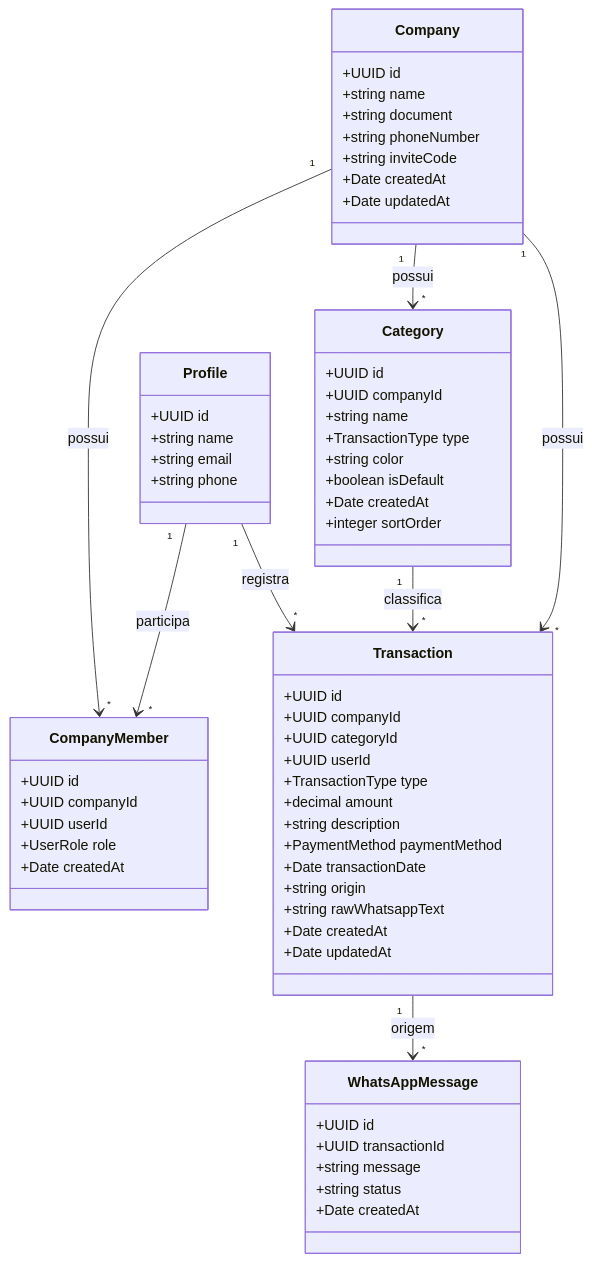
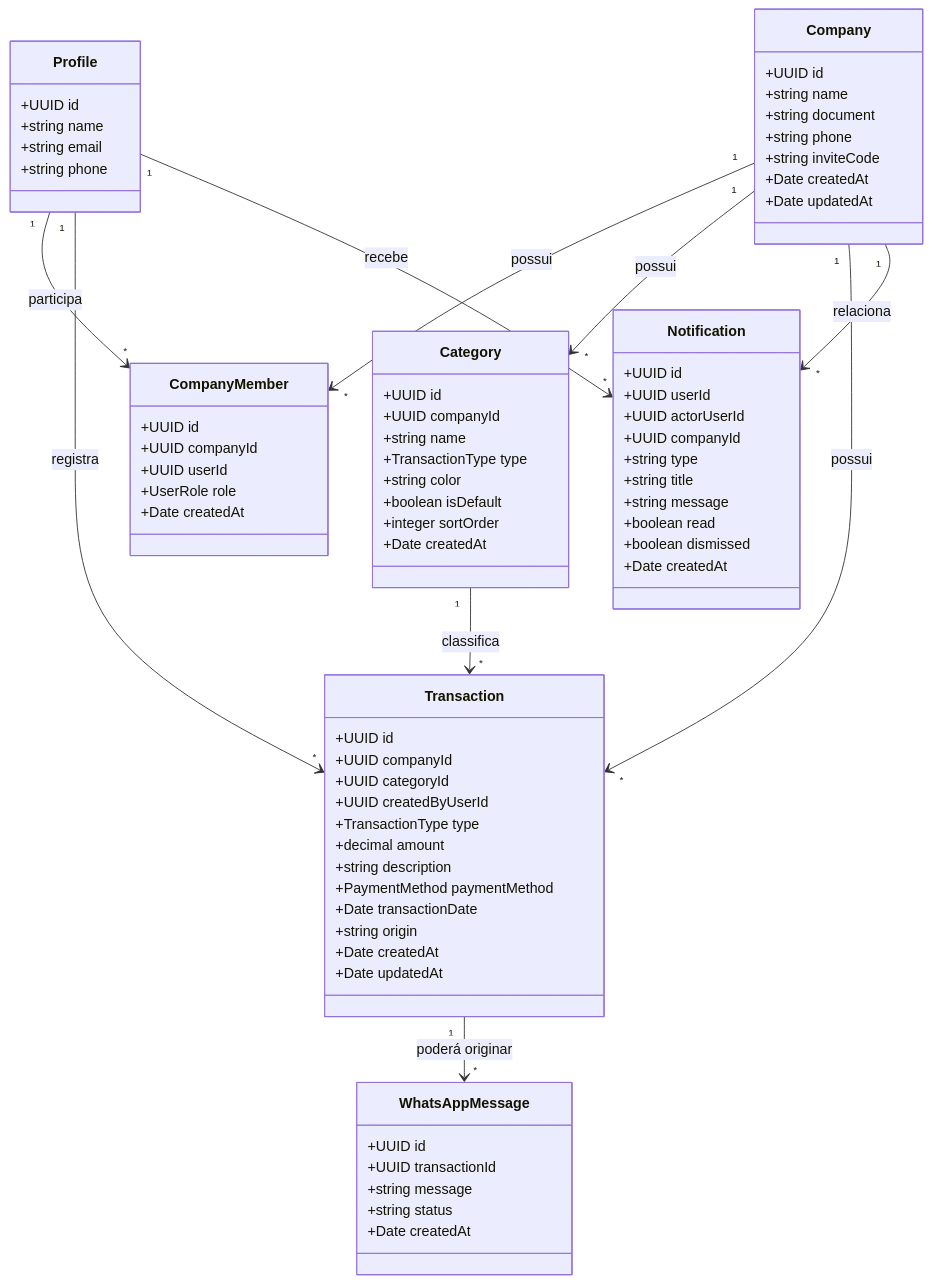
One commit to Rayck4dev/MetricsFlow_AI changed the third of 8 diagrams in README.md. Above: the diagram before and after it, drawn with Mermaid. The commit also changed other lines of this file, not shown here.

````diff
--- a/README.md
+++ b/README.md
@@ -726,7 +868,7 @@
         +UUID id
         +string name
         +string document
-        +string phoneNumber
+        +string phone
         +string inviteCode
         +Date createdAt
         +Date updatedAt
@@ -747,24 +889,36 @@
         +TransactionType type
         +string color
         +boolean isDefault
+        +integer sortOrder
         +Date createdAt
-        +integer sortOrder
     }
 
     class Transaction {
         +UUID id
         +UUID companyId
         +UUID categoryId
-        +UUID userId
+        +UUID createdByUserId
         +TransactionType type
         +decimal amount
         +string description
         +PaymentMethod paymentMethod
         +Date transactionDate
         +string origin
-        +string rawWhatsappText
         +Date createdAt
         +Date updatedAt
+    }
+
+    class Notification {
+        +UUID id
+        +UUID userId
+        +UUID actorUserId
+        +UUID companyId
+        +string type
+        +string title
+        +string message
+        +boolean read
+        +boolean dismissed
+        +Date createdAt
     }
 
     class WhatsAppMessage {
@@ -781,5 +935,7 @@
     Company "1" --> "*" Transaction : possui
     Category "1" --> "*" Transaction : classifica
     Profile "1" --> "*" Transaction : registra
-    Transaction "1" --> "*" WhatsAppMessage : origem
+    Profile "1" --> "*" Notification : recebe
+    Company "1" --> "*" Notification : relaciona
+    Transaction "1" --> "*" WhatsAppMessage : poderá originar
 ```
````
